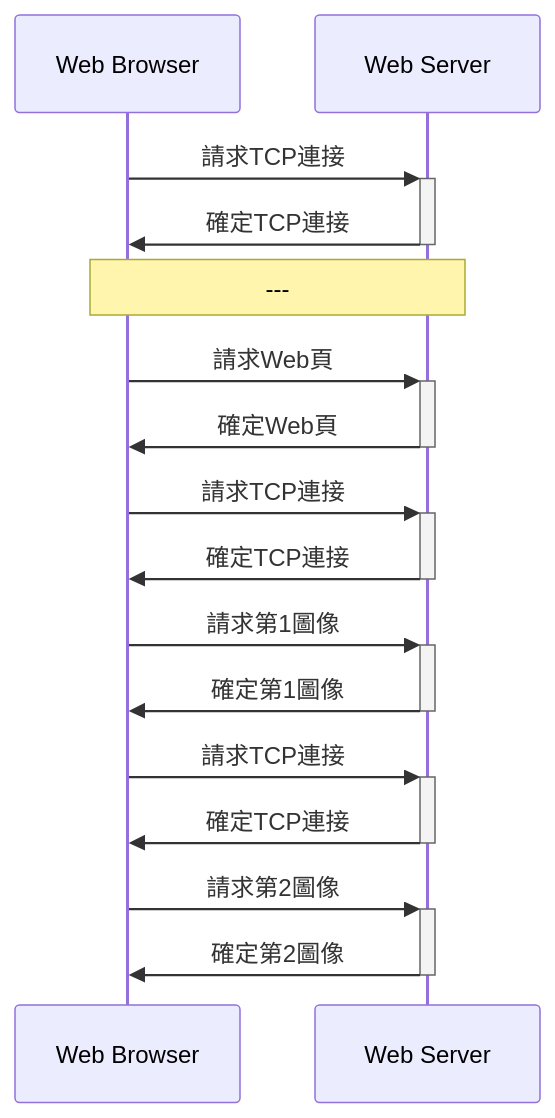
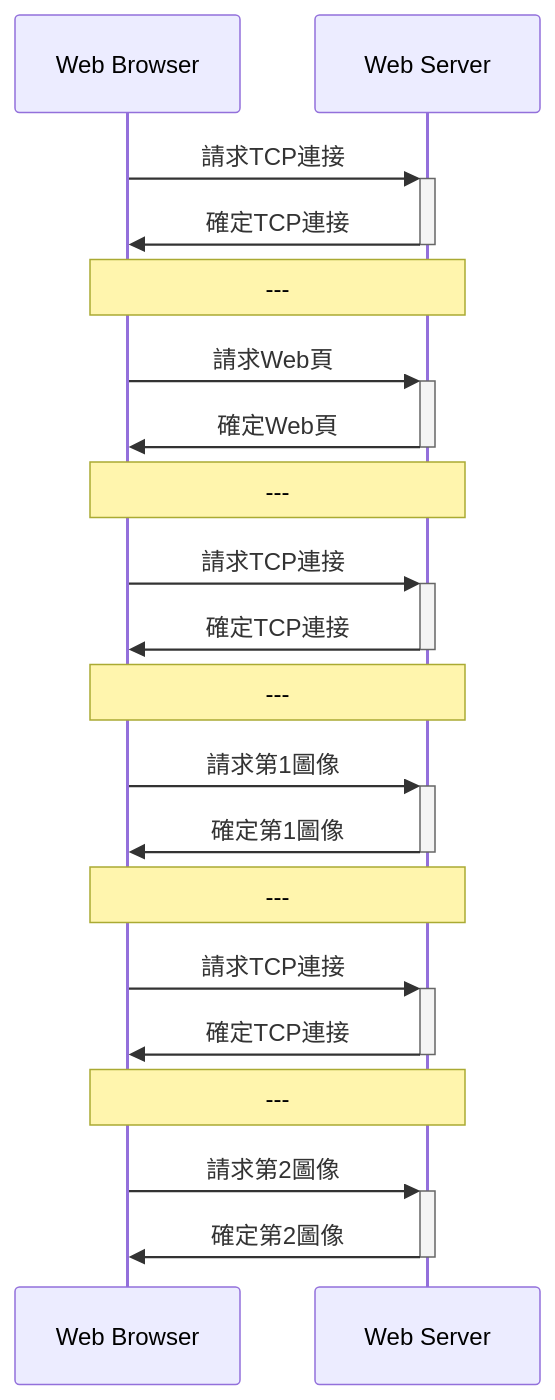
Before and after one commit to chchoiw/chchoiw.github.io: the first of 4 diagrams in _posts/2021-07-21-04741-internet.md, drawn with Mermaid. The commit also changed other lines of this file, not shown here.

````diff
--- a/_posts/2021-07-21-04741-internet.md
+++ b/_posts/2021-07-21-04741-internet.md
@@ -46,16 +46,20 @@
 ```mermaid
 sequenceDiagram
     Web Browser->>+Web Server: 請求TCP連接
     Web Server->>-Web Browser: 確定TCP連接
     Note over Web Browser,Web Server: ---
     Web Browser->>+Web Server: 請求Web頁
     Web Server->>-Web Browser: 確定Web頁
+    Note over Web Browser,Web Server: ---
     Web Browser->>+Web Server: 請求TCP連接
     Web Server->>-Web Browser: 確定TCP連接
+    Note over Web Browser,Web Server: ---
     Web Browser->>+Web Server: 請求第1圖像
     Web Server->>-Web Browser: 確定第1圖像
+    Note over Web Browser,Web Server: ---
     Web Browser->>+Web Server: 請求TCP連接
     Web Server->>-Web Browser: 確定TCP連接
+    Note over Web Browser,Web Server: ---
     Web Browser->>+Web Server: 請求第2圖像
     Web Server->>-Web Browser: 確定第2圖像
 ```
````
